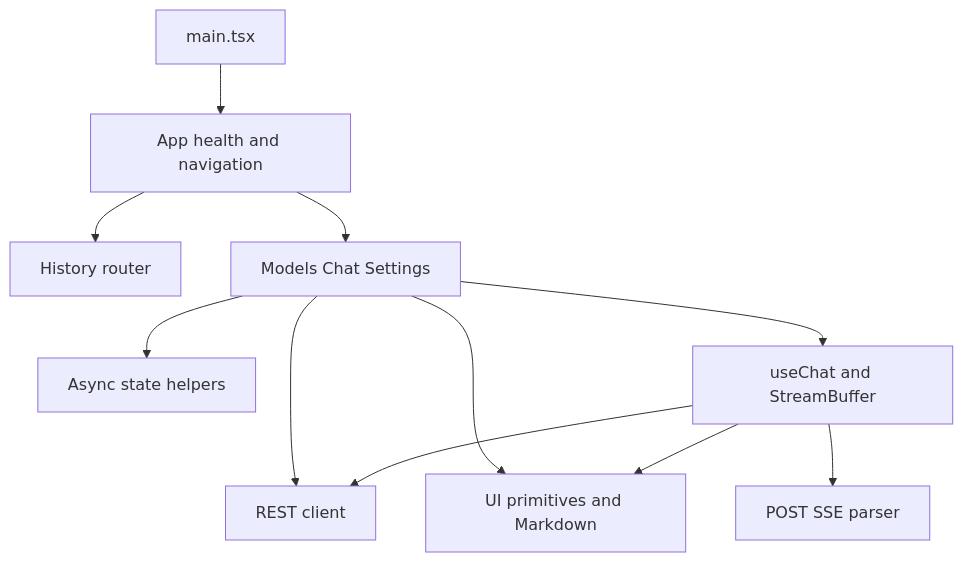
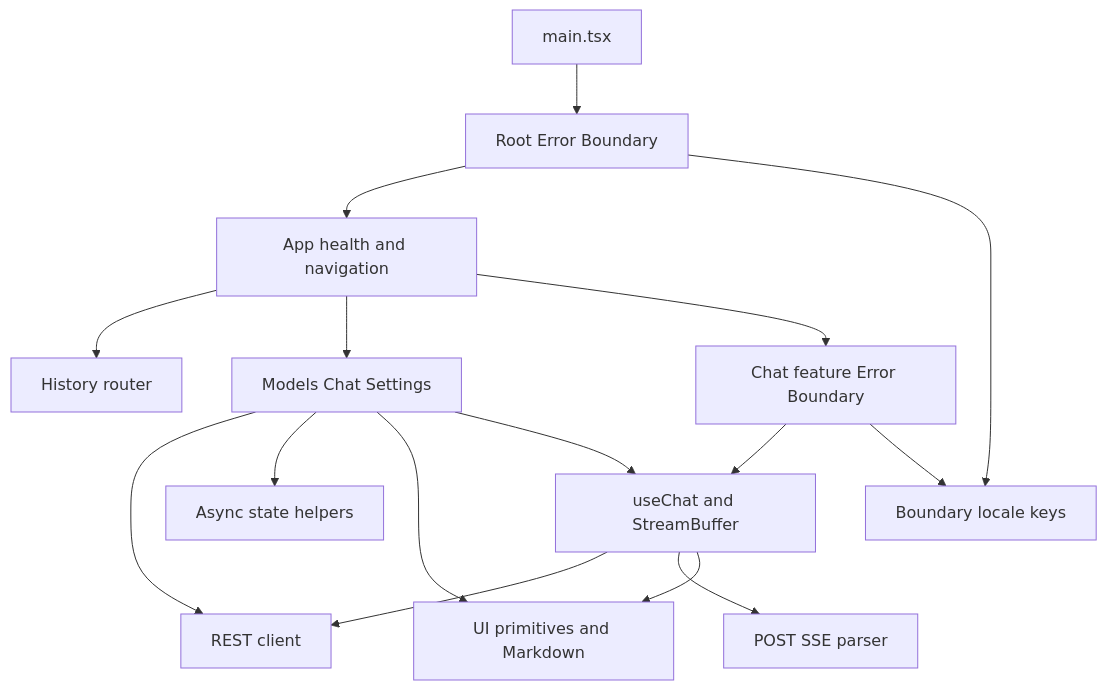
One commit to MattoYuzuru/Guanxi changed the diagram in docs/architecture/diagrams/lld-web.mmd. Above: the diagram before and after it, drawn with Mermaid. The commit also changed other lines of this file and 9 other files, not shown here.

```diff
--- a/docs/architecture/diagrams/lld-web.mmd
+++ b/docs/architecture/diagrams/lld-web.mmd
@@ -1,21 +1,29 @@
 flowchart TB
     Main[main.tsx]
+    RootBoundary[Root Error Boundary]
     App[App health and navigation]
+    ChatBoundary[Chat feature Error Boundary]
     Router[History router]
     API[REST client]
     SSE[POST SSE parser]
     Async[Async state helpers]
     Pages[Models Chat Settings]
     Chat[useChat and StreamBuffer]
     UI[UI primitives and Markdown]
+    Locale[Boundary locale keys]
 
-    Main --> App
+    Main --> RootBoundary
+    RootBoundary --> App
+    RootBoundary --> Locale
     App --> Router
     App --> Pages
+    App --> ChatBoundary
+    ChatBoundary --> Chat
+    ChatBoundary --> Locale
     Pages --> API
     Pages --> Async
     Pages --> UI
     Pages --> Chat
     Chat --> API
     Chat --> SSE
     Chat --> UI
```
